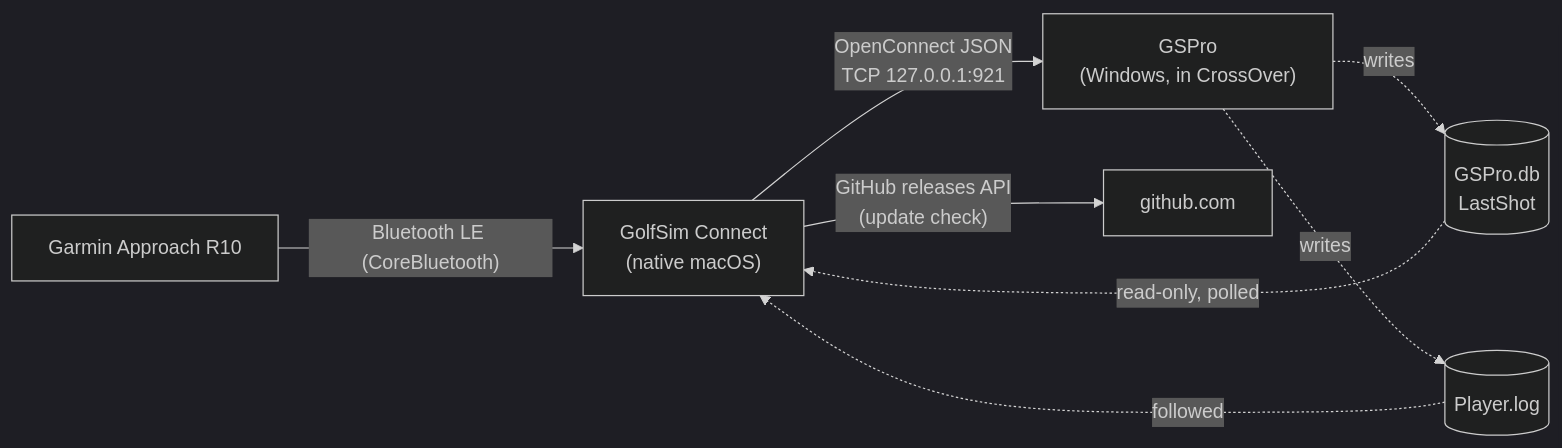
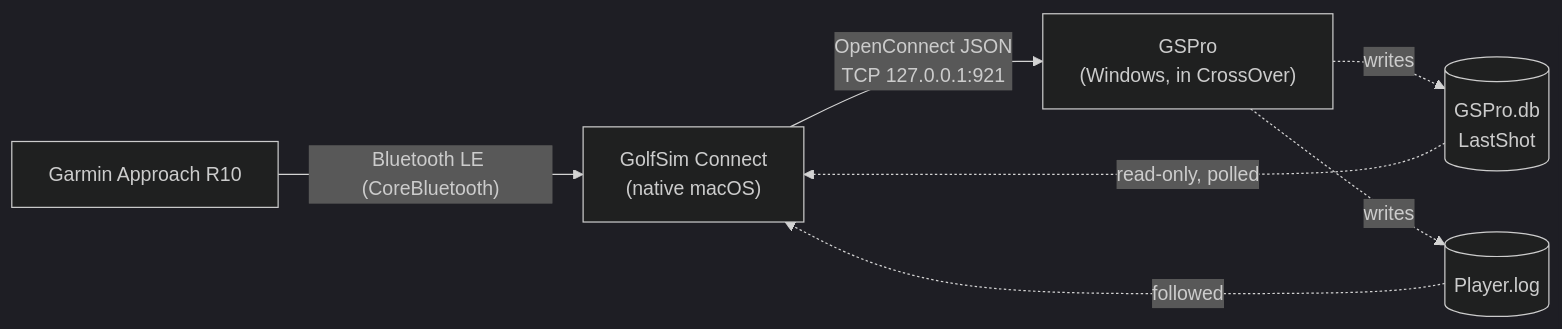
The first of 3 diagrams in docs/architecture.md (chgl42/golfsim-connect), drawn with Mermaid (dark theme) before and after one commit. The commit also changed other lines of this file and 14 other files, not shown here.

````diff
--- a/docs/architecture.md
+++ b/docs/architecture.md
@@ -16,10 +16,9 @@
 ```mermaid
 flowchart LR
   R10["Garmin Approach R10"] -- "Bluetooth LE (CoreBluetooth)" --> App["GolfSim Connect<br/>(native macOS)"]
   App -- "OpenConnect JSON<br/>TCP 127.0.0.1:921" --> GSPro["GSPro<br/>(Windows, in CrossOver)"]
   GSPro -. "writes" .-> DB[("GSPro.db<br/>LastShot")]
   DB -. "read-only, polled" .-> App
   GSPro -. "writes" .-> PL[("Player.log")]
   PL -. "followed" .-> App
-  App -- "GitHub releases API<br/>(update check)" --> GH["github.com"]
 ```
````
